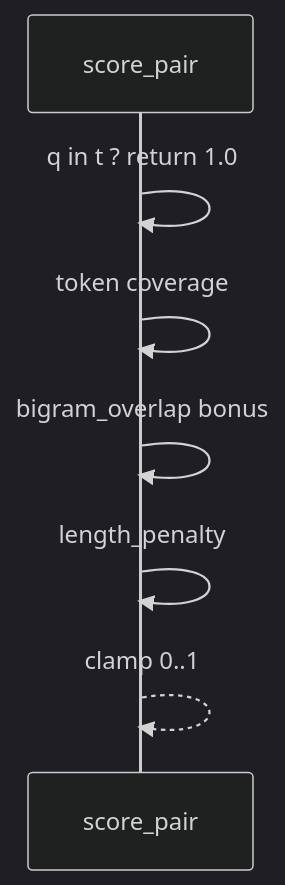
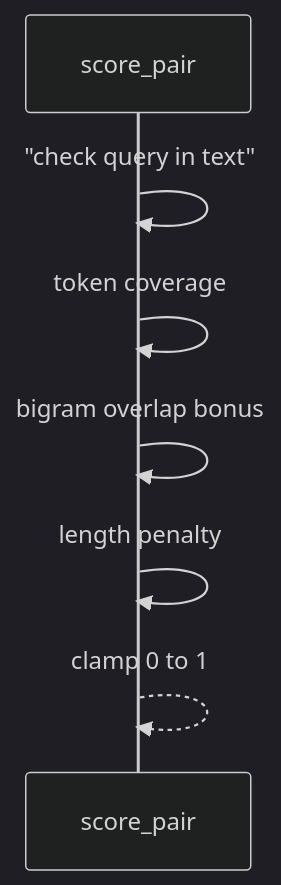
One commit to ab6539763/70_days_course_plus changed the second of 2 diagrams in course/day32/04_流程图与示意图.md. Above: the diagram before and after it, drawn with Mermaid (dark theme). The commit also changed other lines of this file and 128 other files, not shown here.

First line of the commit message:
fix(course): repair day31-37 diagrams, titles, and missing content

````diff
--- a/course/day32/04_流程图与示意图.md
+++ b/course/day32/04_流程图与示意图.md
@@ -25,9 +25,9 @@
 ```mermaid
 sequenceDiagram
     participant S as score_pair
-    S->>S: q in t ? return 1.0
+    S->>S: "check query in text"
     S->>S: token coverage
-    S->>S: bigram_overlap bonus
-    S->>S: length_penalty
-    S-->>S: clamp 0..1
+    S->>S: bigram overlap bonus
+    S->>S: length penalty
+    S-->>S: clamp 0 to 1
 ```
````
